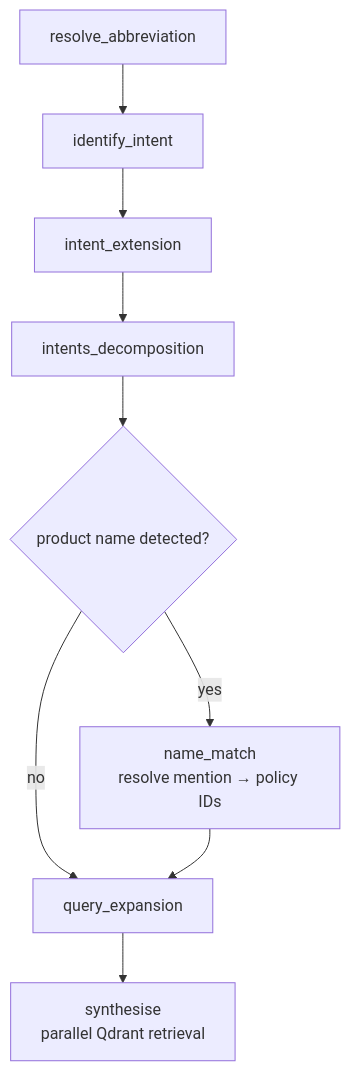
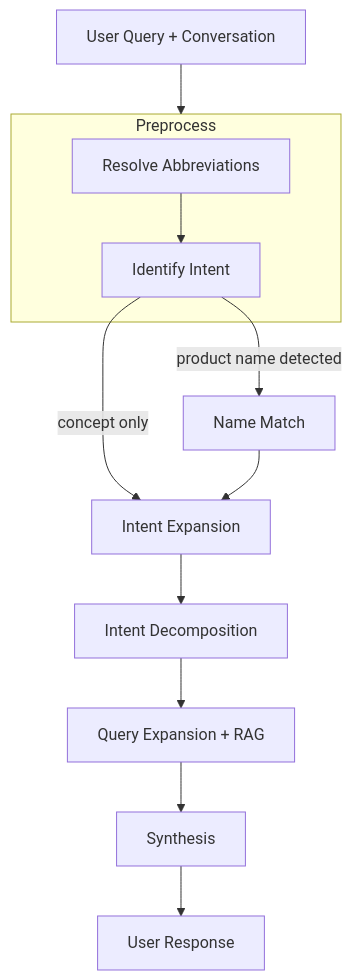
One commit to askmeinsurance/askmeinsurance changed the diagram in README.md. Above: the diagram before and after it, drawn with Mermaid. The commit also changed other lines of this file, not shown here.

````diff
--- a/README.md
+++ b/README.md
@@ -28,11 +34,16 @@
 ```mermaid
 flowchart TD
-    A[resolve_abbreviation] --> B[identify_intent]
-    B --> C[intent_extension]
-    C --> D[intents_decomposition]
-    D --> E{product name detected?}
-    E -->|yes| F[name_match\nresolve mention → policy IDs]
-    E -->|no| G[query_expansion]
-    F --> G
-    G --> H[synthesise\nparallel Qdrant retrieval]
+    A["User Query + Conversation"] --> Sub1
+
+    subgraph Sub1 ["Preprocess"]
+        B[Resolve Abbreviations] --> C[Identify Intent]
+    end
+
+    C -->|product name detected| NM[Name Match]
+    C -->|concept only| D[Intent Expansion]
+    NM --> D
+    D --> E[Intent Decomposition]
+    E --> F[Query Expansion + RAG]
+    F --> L[Synthesis]
+    L --> R[User Response]
 ```
````
